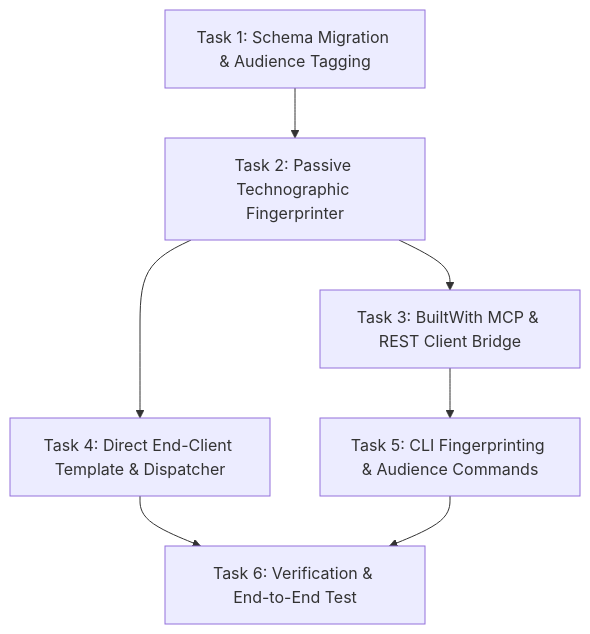
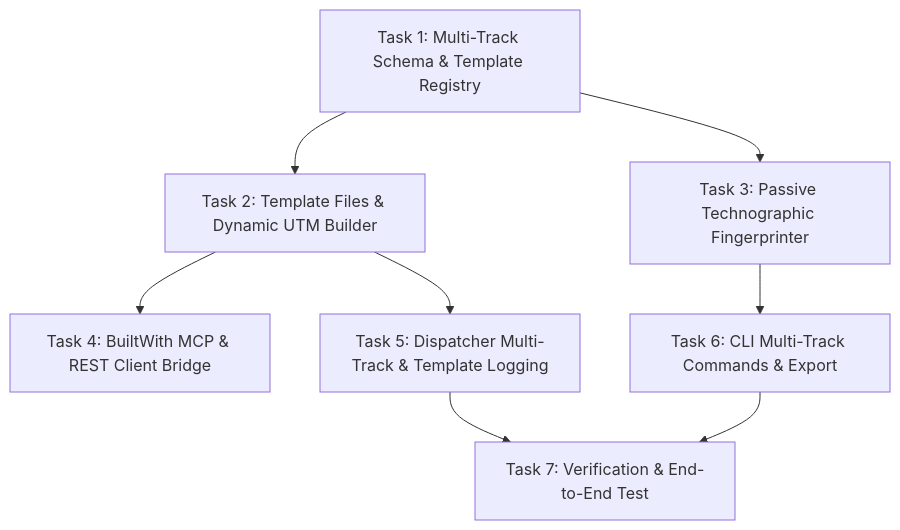
One commit to alexseif/alexseif changed the diagram in ai-work/plan/outreach-builtwith-integration-plan.md. Above: the diagram before and after it, drawn with Mermaid. The commit also changed other lines of this file and 2 other files, not shown here.

Commit message:
docs(ai-work): update spec, plan, and todo with multi-track architecture, template versioning, and UTM attribution

````diff
--- a/ai-work/plan/outreach-builtwith-integration-plan.md
+++ b/ai-work/plan/outreach-builtwith-integration-plan.md
@@ -14,9 +14,10 @@
 ```mermaid
 graph TD
-    T1["Task 1: Schema Migration & Audience Tagging"] --> T2["Task 2: Passive Technographic Fingerprinter"]
-    T2 --> T3["Task 3: BuiltWith MCP & REST Client Bridge"]
-    T2 --> T4["Task 4: Direct End-Client Template & Dispatcher"]
-    T3 --> T5["Task 5: CLI Fingerprinting & Audience Commands"]
-    T4 --> T6["Task 6: Verification & End-to-End Test"]
-    T5 --> T6
+    T1["Task 1: Multi-Track Schema & Template Registry"] --> T2["Task 2: Template Files & Dynamic UTM Builder"]
+    T1 --> T3["Task 3: Passive Technographic Fingerprinter"]
+    T2 --> T4["Task 4: BuiltWith MCP & REST Client Bridge"]
+    T2 --> T5["Task 5: Dispatcher Multi-Track & Template Logging"]
+    T3 --> T6["Task 6: CLI Multi-Track Commands & Export"]
+    T5 --> T7["Task 7: Verification & End-to-End Test"]
+    T6 --> T7
 ```
````
